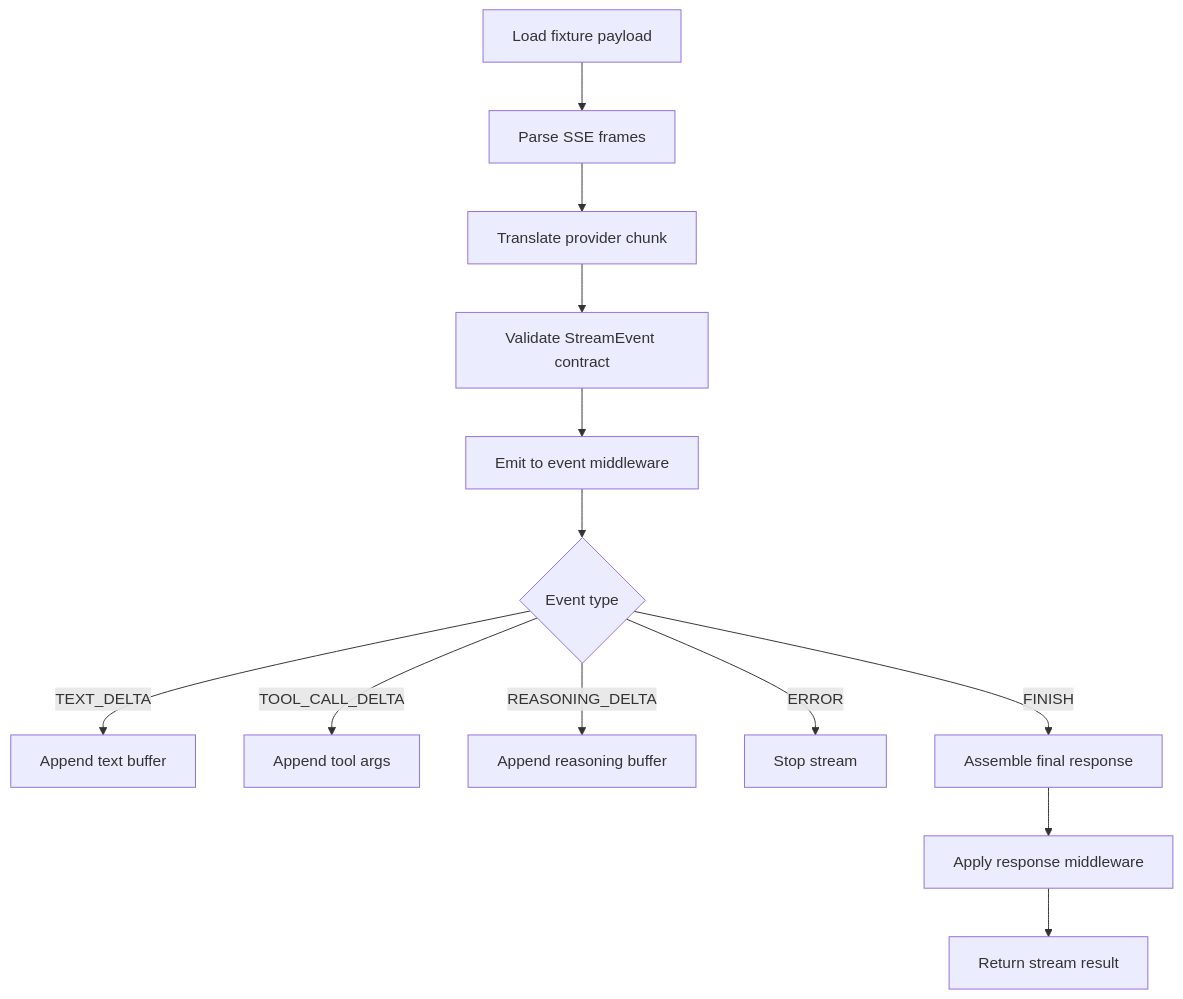
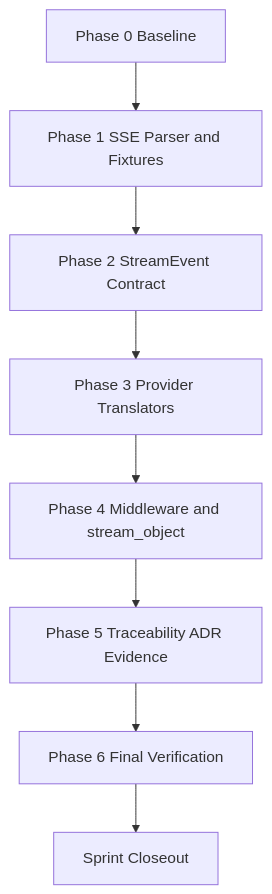
Before and after one commit to jaytaylor/attractor-tcl: the third of 5 diagrams in docs/sprints/SPRINT-005-comprehensive-implementation-plan.md, drawn with Mermaid. The commit also changed other lines of this file, not shown here.

Commit message:
docs(sprint-005): mark comprehensive implementation plan complete with evidence

````diff
--- a/docs/sprints/SPRINT-005-comprehensive-implementation-plan.md
+++ b/docs/sprints/SPRINT-005-comprehensive-implementation-plan.md
@@ -1319,15 +916,10 @@
 ```mermaid
 flowchart TD
-  A[Load fixture payload] --> B[Parse SSE frames]
-  B --> C[Translate provider chunk]
-  C --> D[Validate StreamEvent contract]
-  D --> E[Emit to event middleware]
-  E --> F{Event type}
-  F -->|TEXT_DELTA| G[Append text buffer]
-  F -->|TOOL_CALL_DELTA| H[Append tool args]
-  F -->|REASONING_DELTA| I[Append reasoning buffer]
-  F -->|ERROR| J[Stop stream]
-  F -->|FINISH| K[Assemble final response]
-  K --> L[Apply response middleware]
-  L --> M[Return stream result]
+  A[Phase 0 Baseline] --> B[Phase 1 SSE Parser and Fixtures]
+  B --> C[Phase 2 StreamEvent Contract]
+  C --> D[Phase 3 Provider Translators]
+  D --> E[Phase 4 Middleware and stream_object]
+  E --> F[Phase 5 Traceability ADR Evidence]
+  F --> G[Phase 6 Final Verification]
+  G --> H[Sprint Closeout]
 ```
````
